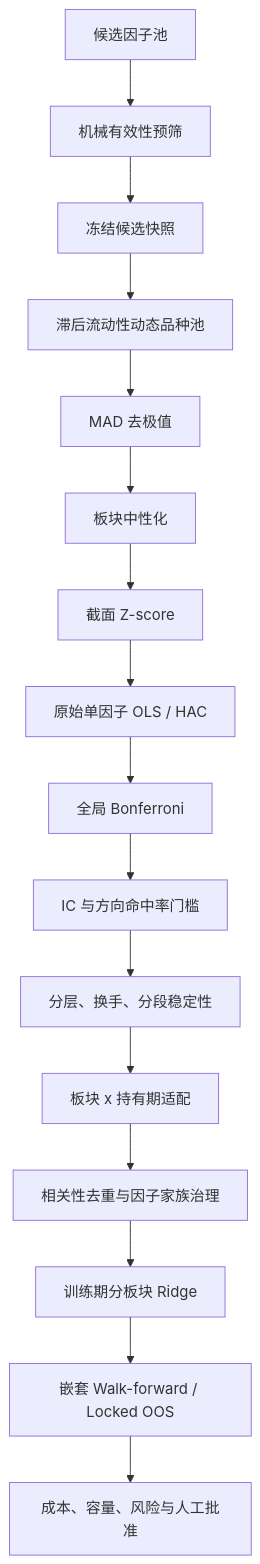
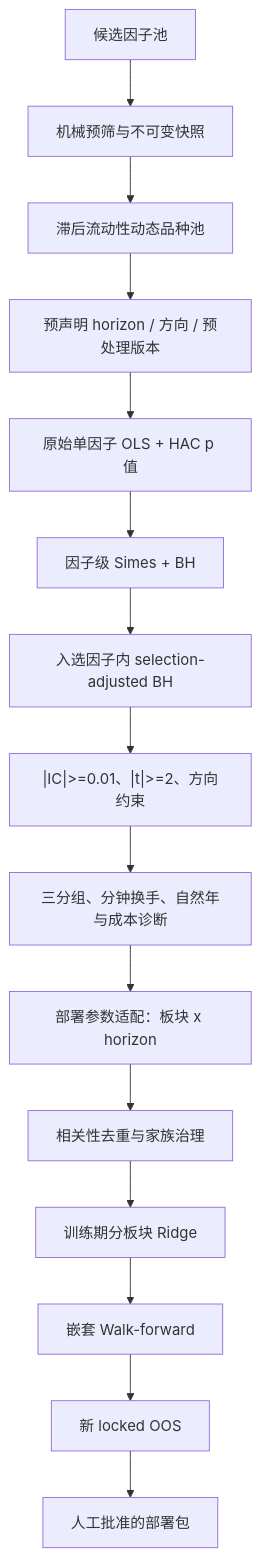
One commit to mingjie914/multi-factor-futures changed the diagram in docs/factor_validation_pipeline.md. Above: the diagram before and after it, drawn with Mermaid. The commit also changed other lines of this file and 29 other files, not shown here.

````diff
--- a/docs/factor_validation_pipeline.md
+++ b/docs/factor_validation_pipeline.md
@@ -8,18 +10,17 @@
 ```mermaid
 flowchart TD
-    A["候选因子池"] --> B["机械有效性预筛"]
-    B --> C["冻结候选快照"]
-    C --> D["滞后流动性动态品种池"]
-    D --> E["MAD 去极值"]
-    E --> F["板块中性化"]
-    F --> G["截面 Z-score"]
-    G --> H["原始单因子 OLS / HAC"]
-    H --> I["全局 Bonferroni"]
-    I --> J["IC 与方向命中率门槛"]
-    J --> K["分层、换手、分段稳定性"]
-    K --> L["板块 x 持有期适配"]
-    L --> M["相关性去重与因子家族治理"]
-    M --> N["训练期分板块 Ridge"]
-    N --> O["嵌套 Walk-forward / Locked OOS"]
-    O --> P["成本、容量、风险与人工批准"]
+    A["候选因子池"] --> B["机械预筛与不可变快照"]
+    B --> C["滞后流动性动态品种池"]
+    C --> D["预声明 horizon / 方向 / 预处理版本"]
+    D --> E["原始单因子 OLS + HAC p 值"]
+    E --> F["因子级 Simes + BH"]
+    F --> G["入选因子内 selection-adjusted BH"]
+    G --> H["|IC|>=0.01、|t|>=2、方向约束"]
+    H --> I["三分组、分钟换手、自然年与成本诊断"]
+    I --> J["部署参数适配：板块 x horizon"]
+    J --> K["相关性去重与家族治理"]
+    K --> L["训练期分板块 Ridge"]
+    L --> M["嵌套 Walk-forward"]
+    M --> N["新 locked OOS"]
+    N --> O["人工批准的部署包"]
 ```
````
